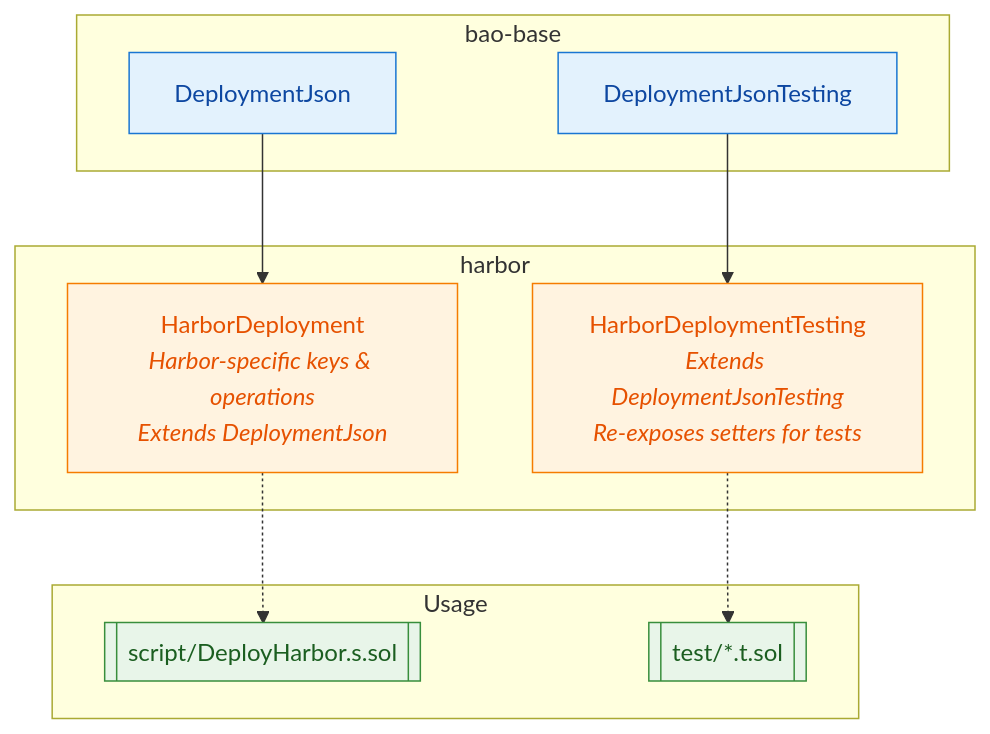
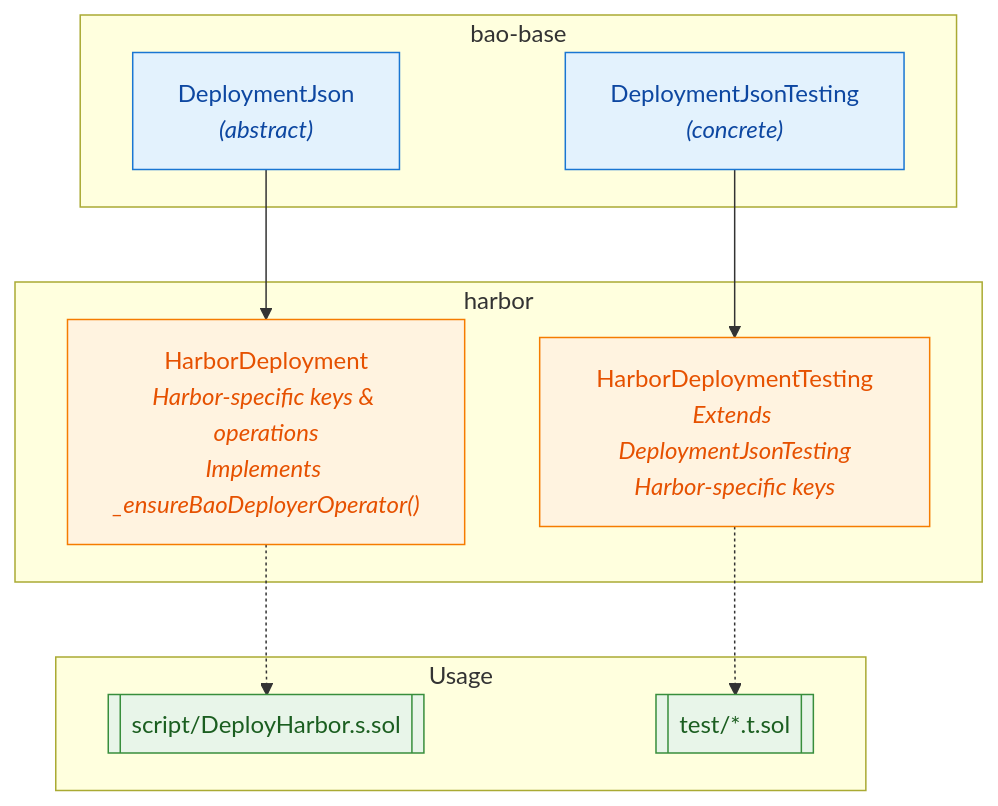
The second of 2 diagrams in doc/deployment-architecture.md (baofinance/bao-base), drawn with Mermaid before and after one commit. The commit also changed other lines of this file and 7 other files, not shown here.

````diff
--- a/doc/deployment-architecture.md
+++ b/doc/deployment-architecture.md
@@ -101,31 +182,31 @@
 ```mermaid
 flowchart TB
     classDef baobase fill:#e3f2fd,stroke:#1976d2,color:#0d47a1;
     classDef harbor fill:#fff3e0,stroke:#f57c00,color:#e65100;
     classDef usage fill:#e8f5e9,stroke:#388e3c,color:#1b5e20;
 
     subgraph baobase["bao-base"]
-        DeploymentJson["DeploymentJson"]
-        DeploymentJsonTesting["DeploymentJsonTesting"]
+        DeploymentJson["DeploymentJson<br/><i>(abstract)</i>"]
+        DeploymentJsonTesting["DeploymentJsonTesting<br/><i>(concrete)</i>"]
     end
 
     subgraph harbor["harbor"]
-        HarborDeployment["HarborDeployment<br/><i>Harbor-specific keys & operations</i><br/><i>Extends DeploymentJson</i>"]
-        HarborDeploymentTesting["HarborDeploymentTesting<br/><i>Extends DeploymentJsonTesting</i><br/><i>Re-exposes setters for tests</i>"]
+        HarborDeployment["HarborDeployment<br/><i>Harbor-specific keys & operations</i><br/><i>Implements _ensureBaoDeployerOperator()</i>"]
+        HarborDeploymentTesting["HarborDeploymentTesting<br/><i>Extends DeploymentJsonTesting</i><br/><i>Harbor-specific keys</i>"]
     end
 
     subgraph usage["Usage"]
         ProdScript[["script/DeployHarbor.s.sol"]]
         TestSuite[["test/*.t.sol"]]
     end
 
     DeploymentJson --> HarborDeployment
     DeploymentJsonTesting --> HarborDeploymentTesting
 
     HarborDeployment -.-> ProdScript
     HarborDeploymentTesting -.-> TestSuite
 
     class DeploymentJson,DeploymentJsonTesting baobase
     class HarborDeployment,HarborDeploymentTesting harbor
     class ProdScript,TestSuite usage
 ```
````
